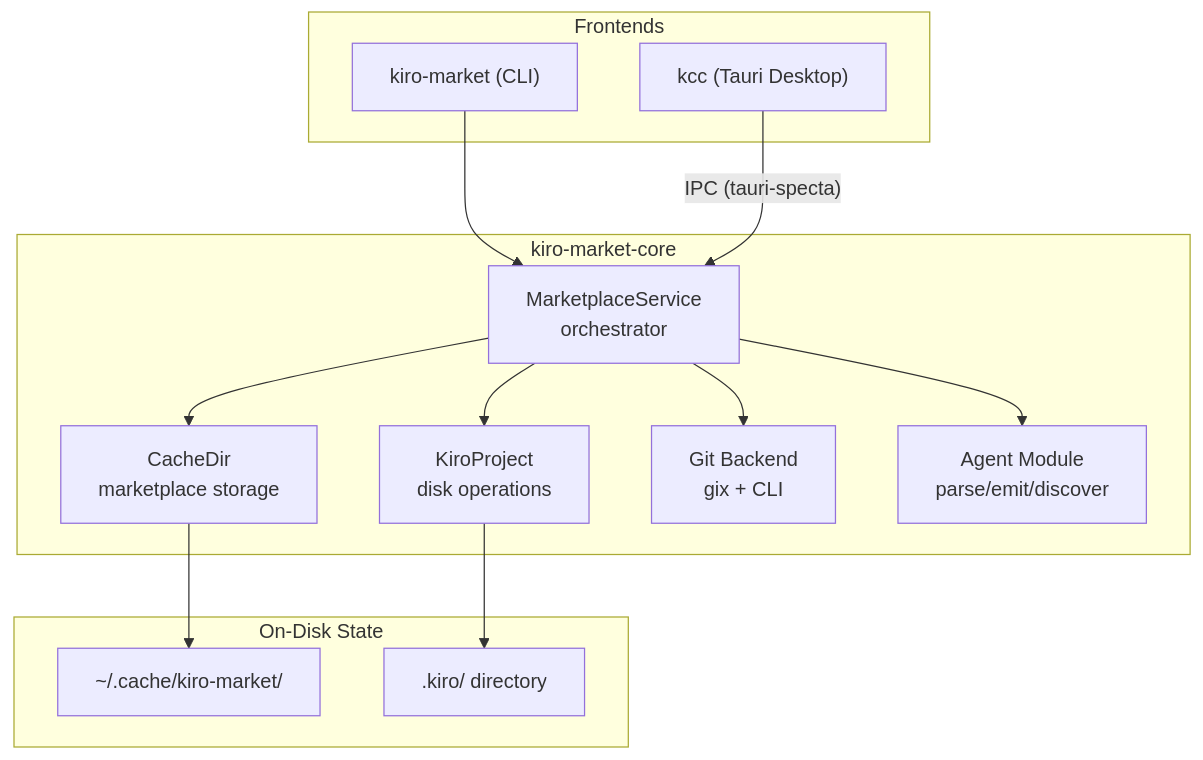
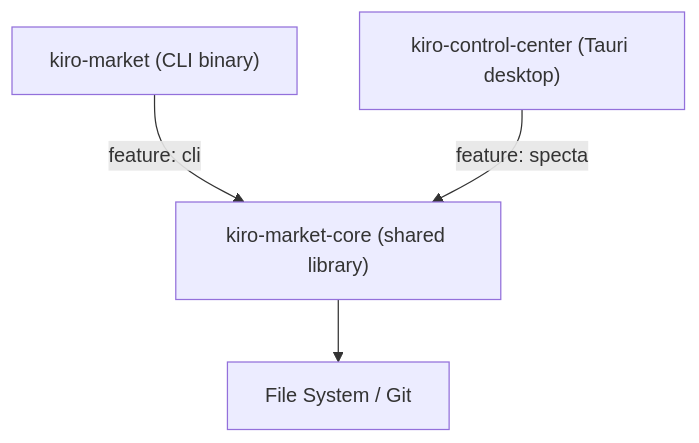
The first of 4 diagrams in .agents/summary/architecture.md (dwalleck/kiro-control-center), drawn with Mermaid before and after one commit. The commit also changed other lines of this file and 10 other files, not shown here.

````diff
--- a/.agents/summary/architecture.md
+++ b/.agents/summary/architecture.md
@@ -9,29 +9,11 @@
 ```mermaid
 graph TB
-    subgraph Frontends
-        CLI["kiro-market (CLI)"]
-        Desktop["kcc (Tauri Desktop)"]
-    end
+    CLI["kiro-market (CLI binary)"]
+    Desktop["kiro-control-center (Tauri desktop)"]
+    Core["kiro-market-core (shared library)"]
+    FS["File System / Git"]
 
-    subgraph Core["kiro-market-core"]
-        Service["MarketplaceService<br/>orchestrator"]
-        Project["KiroProject<br/>disk operations"]
-        Cache["CacheDir<br/>marketplace storage"]
-        Git["Git Backend<br/>gix + CLI"]
-        Agent["Agent Module<br/>parse/emit/discover"]
-    end
-
-    subgraph Storage["On-Disk State"]
-        CacheFS["~/.cache/kiro-market/"]
-        ProjectFS[".kiro/ directory"]
-    end
-
-    CLI --> Service
-    Desktop -->|"IPC (tauri-specta)"| Service
-    Service --> Project
-    Service --> Cache
-    Service --> Git
-    Service --> Agent
-    Cache --> CacheFS
-    Project --> ProjectFS
+    CLI -->|"feature: cli"| Core
+    Desktop -->|"feature: specta"| Core
+    Core --> FS
 ```
````
